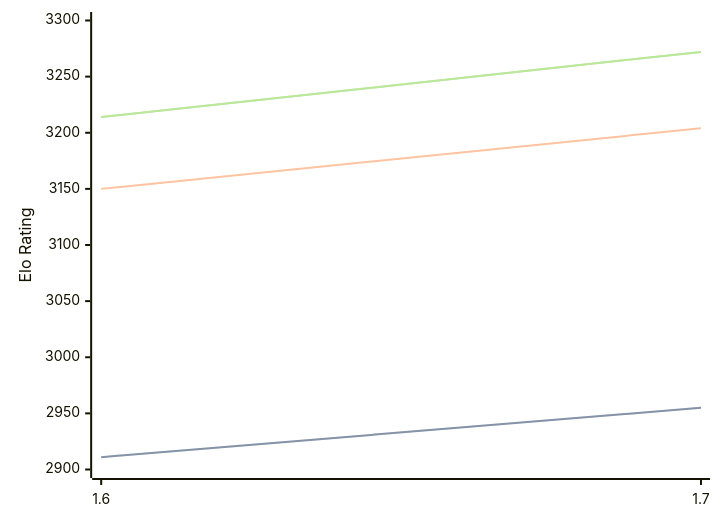
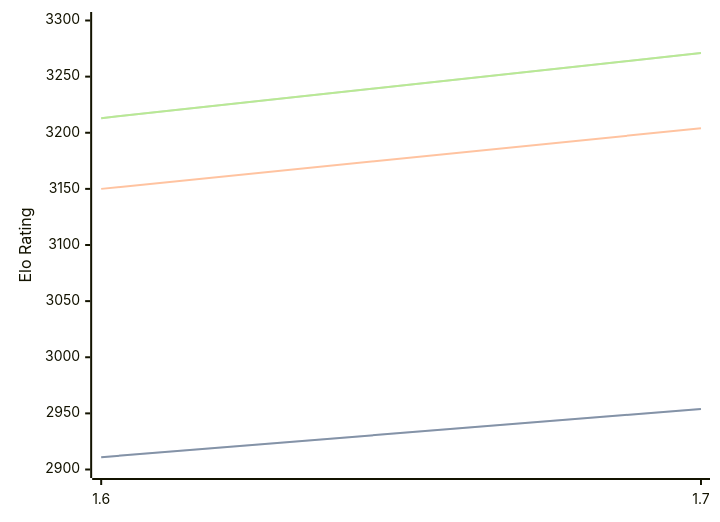
The diagram in engines/Bitbit.md (computer-chess-index/cci), drawn with Mermaid before and after one commit. The commit also changed other lines of this file, not shown here.

Commit message:
Update CCI Ratings (ELO VLTC) - 2026-10-01

````diff
--- a/engines/Bitbit.md
+++ b/engines/Bitbit.md
@@ -32,11 +32,11 @@
 ```mermaid
 %%{init: {"theme":"base","themeVariables":{"seriesColors:['#a3a3a3','#222221','#faa371']}}}%%
 xychart-beta
   x-axis ["1.6", "1.7"]
   y-axis "Elo Rating" 2900 --> 3300
-  line "" [2911, 2955]
-  line "STC (8.0+0.08s)" [2911, 2955]
+  line "" [2911, 2954]
+  line "STC (8.0+0.08s)" [2911, 2954]
   line "LTC (60.0+0.60s)" [3150, 3204]
-  line "" [3214, 3272]
-  line "VLTC (2m24s+1.12s)" [3214, 3272]
+  line "" [3213, 3271]
+  line "VLTC (2m24s+1.12s)" [3213, 3271]
 ```
````
